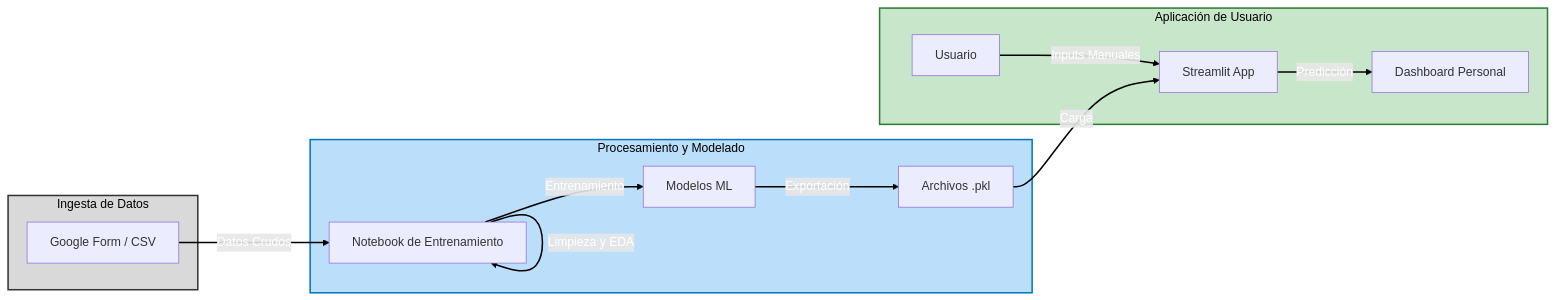
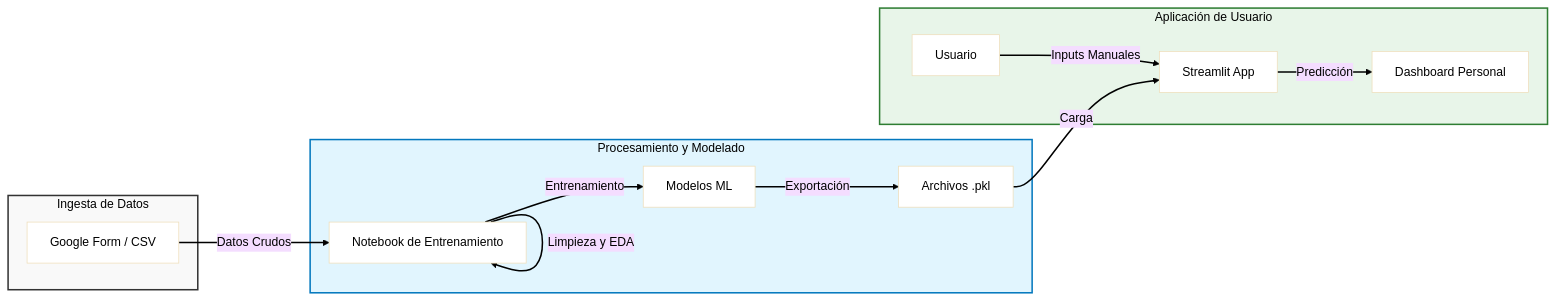
Before and after one commit to Galiextro/Python-Odyssey: the diagram in AI/Predict Your Study Productivity/README.md, drawn with Mermaid.

Commit message:
docs: Add initial README.md detailing the study productivity prediction project, setup, usage, and architecture.

````diff
--- a/AI/Predict Your Study Productivity/README.md
+++ b/AI/Predict Your Study Productivity/README.md
@@ -112,34 +112,35 @@
 ```mermaid
+%%{init: {'theme': 'base', 'themeVariables': { 'background': '#ffffff', 'mainBkg': '#ffffff', 'primaryTextColor': '#000', 'lineColor': '#000'}}}%%
 flowchart LR
     subgraph Ingesta [Ingesta de Datos]
         A[Google Form / CSV]
     end
     
     subgraph Procesamiento [Procesamiento y Modelado]
         B[Notebook de Entrenamiento]
         C[Modelos ML]
         D[Archivos .pkl]
         
         B -->|Limpieza y EDA| B
         B -->|Entrenamiento| C
         C -->|Exportación| D
     end
     
     subgraph Aplicacion [Aplicación de Usuario]
         E[Streamlit App]
         F[Usuario]
         G[Dashboard Personal]
         
         F -->|Inputs Manuales| E
         E -->|Predicción| G
     end
 
     A -->|Datos Crudos| B
     D -->|Carga| E
     
-    style Ingesta fill:#d9d9d9,stroke:#333,stroke-width:2px,color:#000
-    style Procesamiento fill:#bbdefb,stroke:#0277bd,stroke-width:2px,color:#000
-    style Aplicacion fill:#c8e6c9,stroke:#2e7d32,stroke-width:2px,color:#000
+    style Ingesta fill:#f9f9f9,stroke:#333,stroke-width:2px,color:#000
+    style Procesamiento fill:#e1f5fe,stroke:#0277bd,stroke-width:2px,color:#000
+    style Aplicacion fill:#e8f5e9,stroke:#2e7d32,stroke-width:2px,color:#000
     
-    linkStyle default stroke:#000,stroke-width:2px,fill:none,color:#fff
+    linkStyle default stroke:#000,stroke-width:2px,fill:none,color:#000
 ```
````
